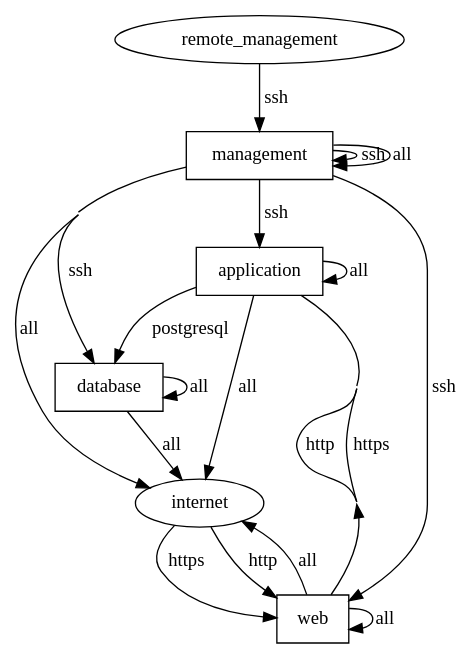
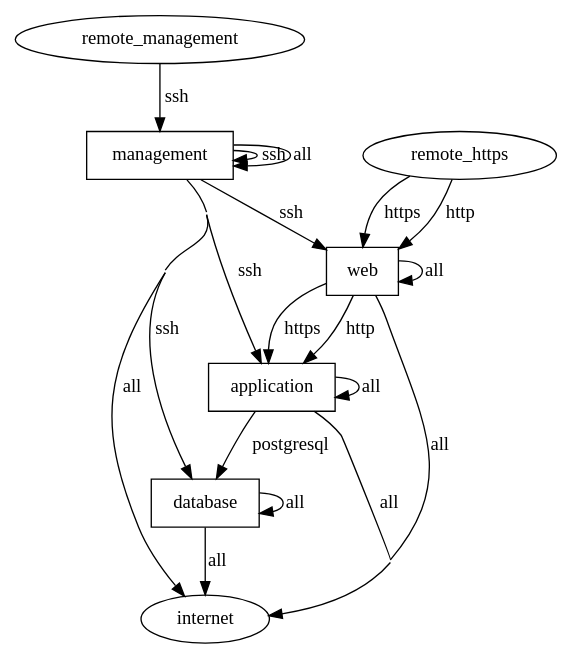
One commit to samloh84/terraform-aws-vpc-simple changed the diagram in traffic_rules.dot. Above: the diagram before and after it, drawn with Graphviz. The commit also changed 7 other files, not shown here.

Commit message:
Switching remote_https security group rule from open internet to whitelisted cidr Adding mechanism for whitelisting local ip as the remote https and management cidr

```diff
--- a/traffic_rules.dot
+++ b/traffic_rules.dot
@@ -1,31 +1,32 @@
 digraph {
     concentrate = true
 
     
     application[shape = box]
     database[shape = box]
     internet
     management[shape = box]
+    remote_https
     remote_management
     web[shape = box]
 
     
-    internet -> web[label = "https"]
-    internet -> web[label = "http"]
+    remote_https -> web[label = "https"]
+    remote_https -> web[label = "http"]
     web -> application[label = "https"]
     web -> application[label = "http"]
     web -> internet[label = "all"]
     web -> web[label = "all"]
     application -> database[label = "postgresql"]
     application -> internet[label = "all"]
     application -> application[label = "all"]
     remote_management -> management[label = "ssh"]
     management -> web[label = "ssh"]
     management -> application[label = "ssh"]
     management -> management[label = "ssh"]
     management -> database[label = "ssh"]
     management -> internet[label = "all"]
     management -> management[label = "all"]
     database -> internet[label = "all"]
     database -> database[label = "all"]
 }
```
